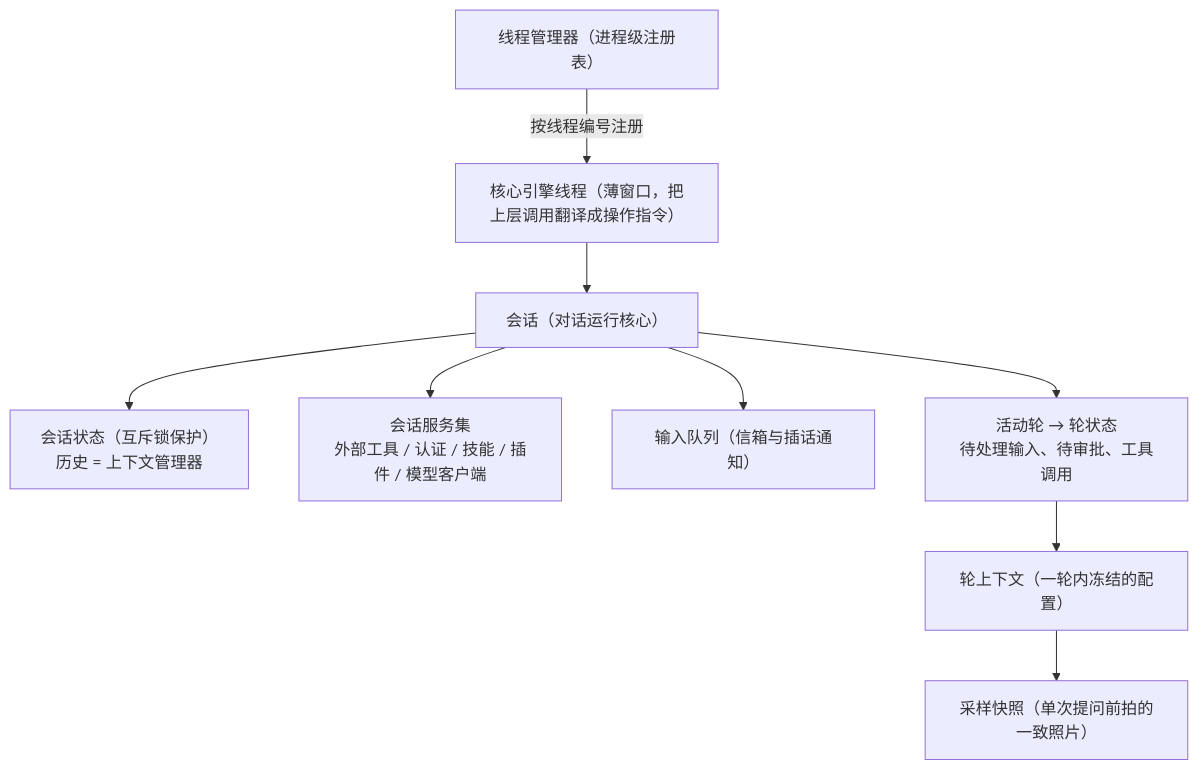
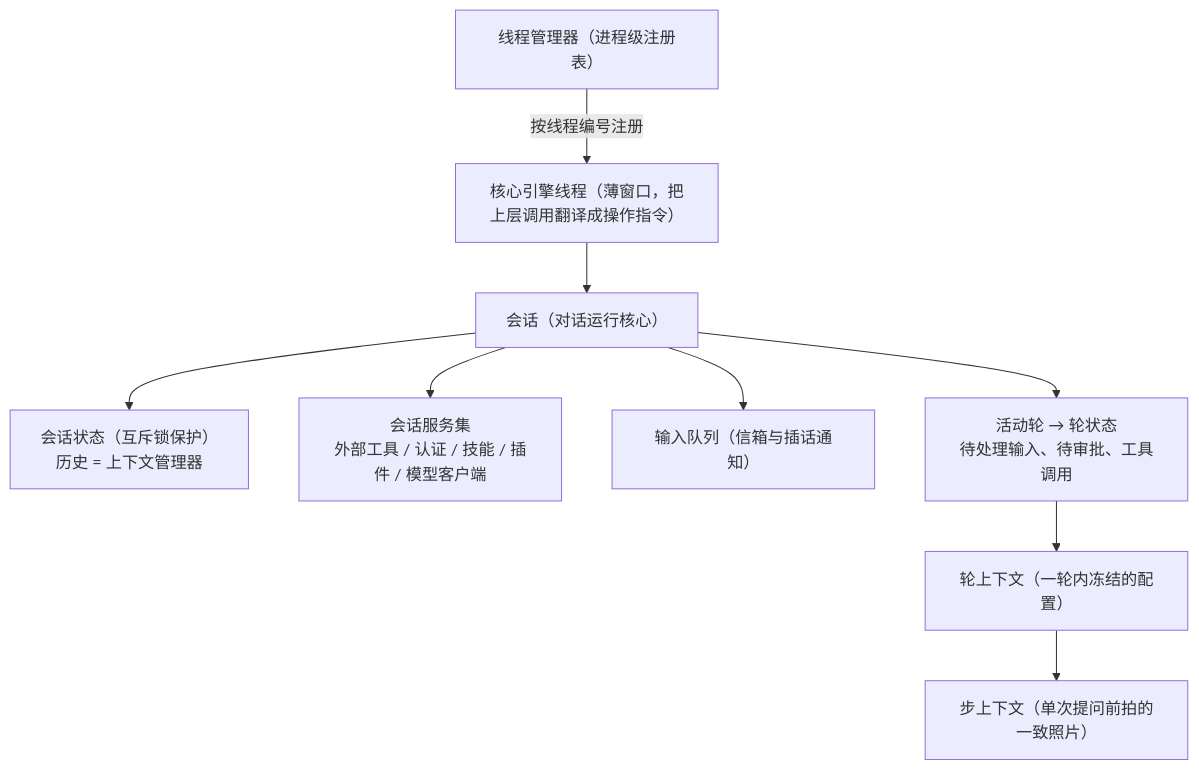
Before and after one commit to 13927/codex-book: the first of 3 diagrams in src/part3/agent-core.md, drawn with Mermaid. The commit also changed other lines of this file and 10 other files, not shown here.

````diff
--- a/src/part3/agent-core.md
+++ b/src/part3/agent-core.md
@@ -56,21 +56,21 @@
 ```mermaid
 flowchart TD
     TM["线程管理器（进程级注册表）"]
     CT["核心引擎线程（薄窗口，把上层调用翻译成操作指令）"]
     SESS["会话（对话运行核心）"]
     SS["会话状态（互斥锁保护）<br/>历史 = 上下文管理器"]
     SVC["会话服务集<br/>外部工具 / 认证 / 技能 / 插件 / 模型客户端"]
     IQ["输入队列（信箱与插话通知）"]
     AT["活动轮 → 轮状态<br/>待处理输入、待审批、工具调用"]
     TC["轮上下文（一轮内冻结的配置）"]
-    SC["采样快照（单次提问前拍的一致照片）"]
+    SC["步上下文（单次提问前拍的一致照片）"]
 
     TM -- "按线程编号注册" --> CT
     CT --> SESS
     SESS --> SS
     SESS --> SVC
     SESS --> IQ
     SESS --> AT
     AT --> TC
     TC --> SC
 ```
````
